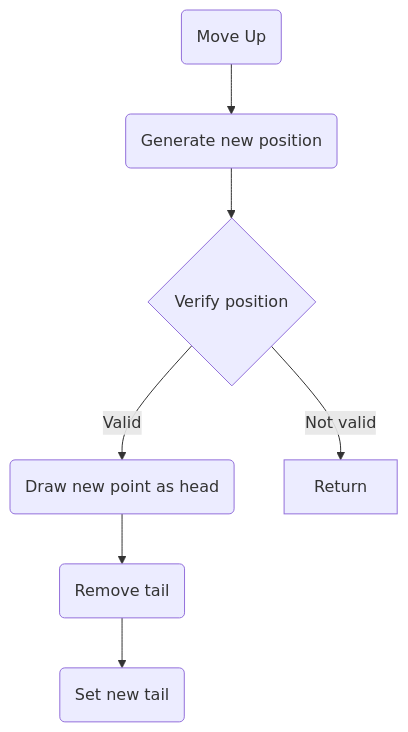
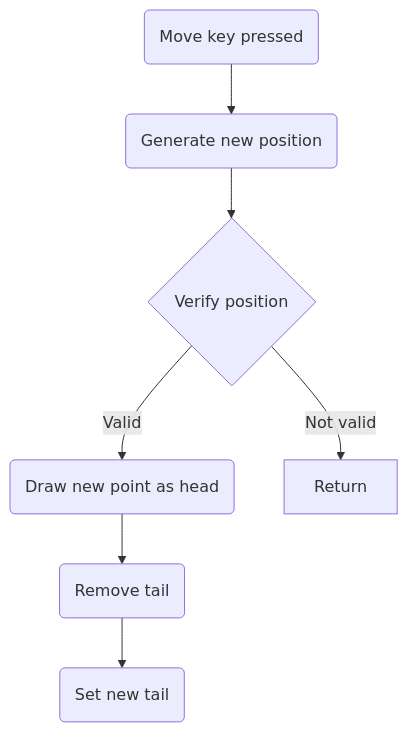
Before and after one commit to hsiwkin/snake_2.0: the diagram in architecture/moving.md, drawn with Mermaid. The commit also changed 6 other files, not shown here.

````diff
--- a/architecture/moving.md
+++ b/architecture/moving.md
@@ -1,9 +1,9 @@
 ```mermaid
 flowchart TD
-    Up(Move Up) --> P(Generate new position)
+    Up(Move key pressed) --> P(Generate new position)
     P --> VP{Verify position}
     VP --> |Valid| NH(Draw new point as head)
     VP --> |Not valid| Return
     NH --> RT(Remove tail)
     RT --> NT(Set new tail)
 ```
````
